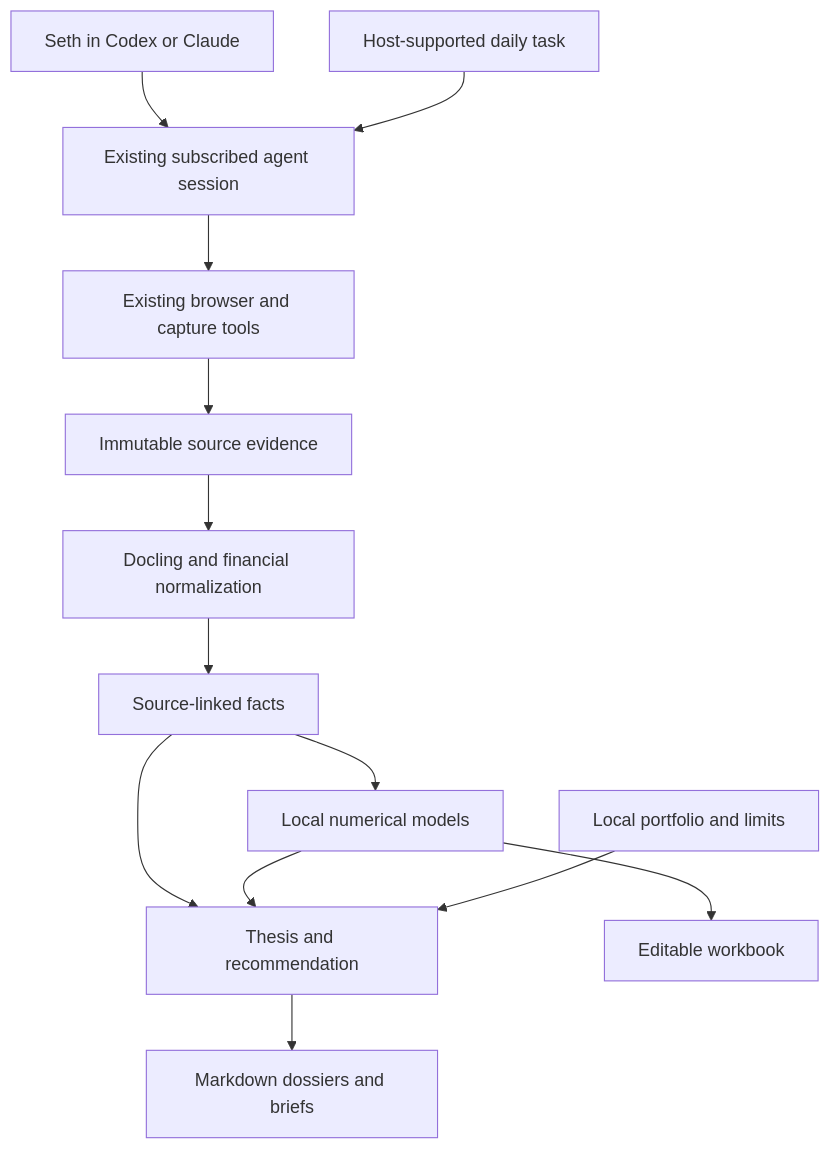
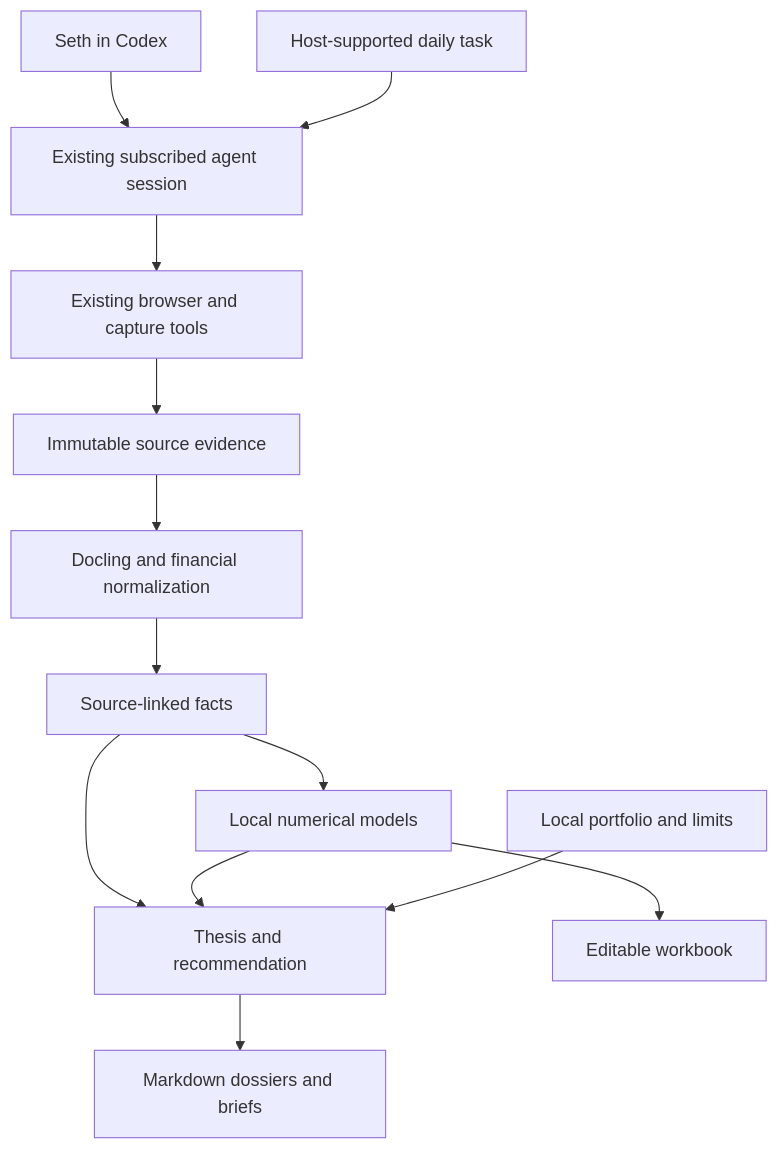
The first of 2 diagrams in docs/superpowers/specs/2026-09-20-investing-research-design.md (Sethzy/investing-research), drawn with Mermaid before and after one commit. The commit also changed other lines of this file and 20 other files, not shown here.

````diff
--- a/docs/superpowers/specs/2026-09-20-investing-research-design.md
+++ b/docs/superpowers/specs/2026-09-20-investing-research-design.md
@@ -86,15 +86,15 @@
 ```mermaid
 flowchart TD
-    User[Seth in Codex or Claude] --> Agent[Existing subscribed agent session]
+    User[Seth in Codex] --> Agent[Existing subscribed agent session]
     Schedule[Host-supported daily task] --> Agent
     Agent --> Collect[Existing browser and capture tools]
     Collect --> Evidence[Immutable source evidence]
     Evidence --> Extract[Docling and financial normalization]
     Extract --> Facts[Source-linked facts]
     Facts --> Model[Local numerical models]
     Facts --> Synthesis[Thesis and recommendation]
     Model --> Synthesis
     Portfolio[Local portfolio and limits] --> Synthesis
     Synthesis --> Reports[Markdown dossiers and briefs]
     Model --> Workbook[Editable workbook]
 ```
````
